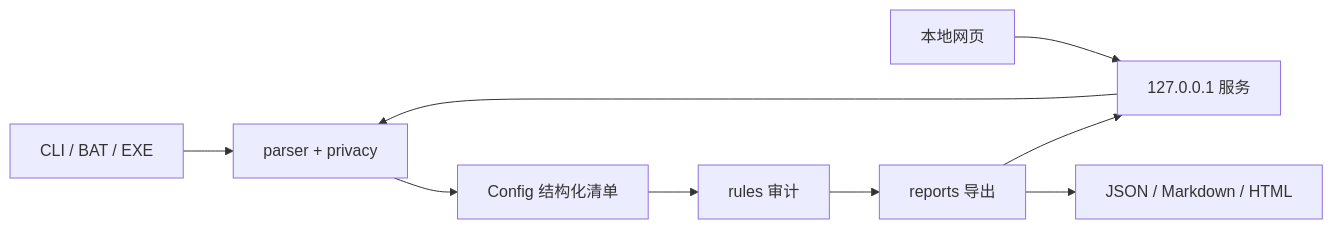
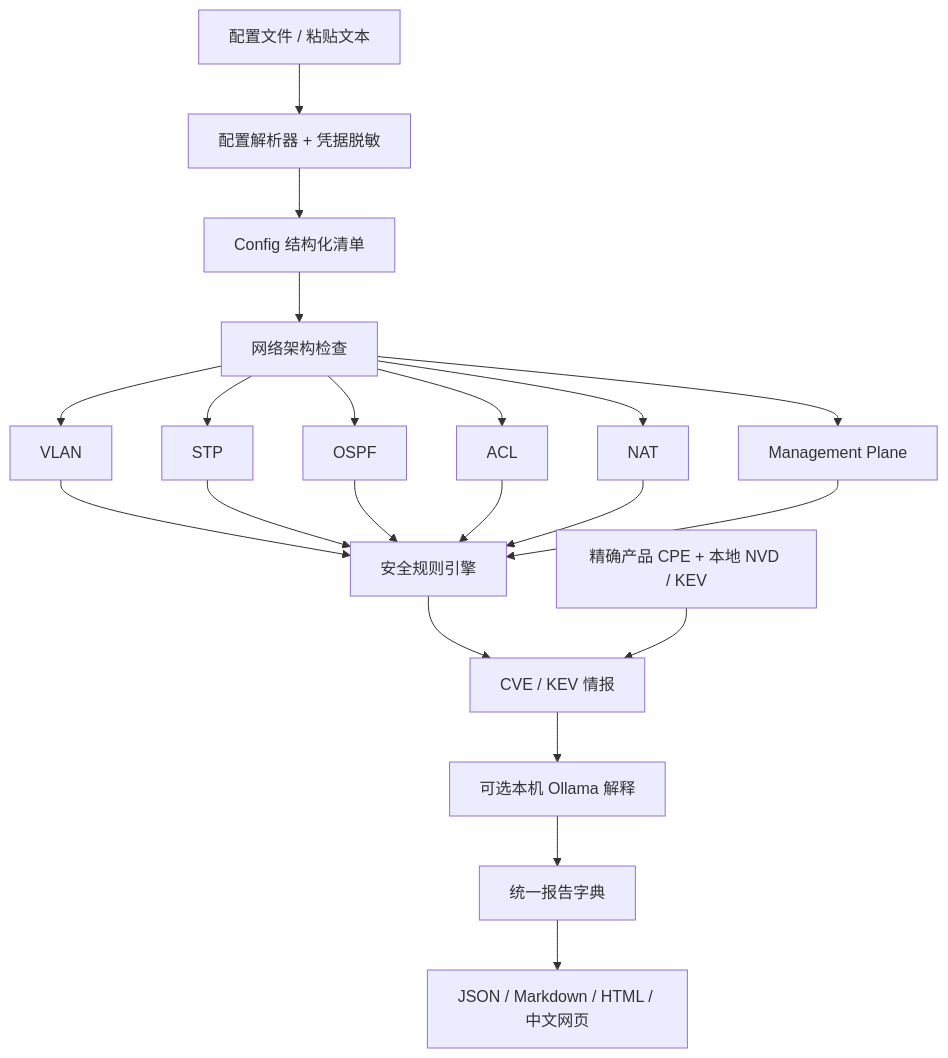
Before and after one commit to klwb360/NetConfig-Auditor: the diagram in docs/ARCHITECTURE.md, drawn with Mermaid. The commit also changed other lines of this file and 46 other files, not shown here.

Commit message:
Upgrade NetAudit to 0.2.0 with architecture, CVE/KEV and optional local AI pipeline

````diff
--- a/docs/ARCHITECTURE.md
+++ b/docs/ARCHITECTURE.md
@@ -5,11 +5,23 @@
 ```mermaid
-flowchart LR
-    CLI[CLI / BAT / EXE] --> P[parser + privacy]
-    WEB[本地网页] --> S[127.0.0.1 服务]
-    S --> P
+flowchart TD
+    INPUT[配置文件 / 粘贴文本] --> P[配置解析器 + 凭据脱敏]
     P --> M[Config 结构化清单]
-    M --> A[rules 审计]
-    A --> R[reports 导出]
-    R --> OUT[JSON / Markdown / HTML]
-    R --> S
+    M --> A[网络架构检查]
+    A --> VLAN[VLAN]
+    A --> STP[STP]
+    A --> OSPF[OSPF]
+    A --> ACL[ACL]
+    A --> NAT[NAT]
+    A --> MGMT[Management Plane]
+    VLAN --> RULES[安全规则引擎]
+    STP --> RULES
+    OSPF --> RULES
+    ACL --> RULES
+    NAT --> RULES
+    MGMT --> RULES
+    RULES --> INTEL[CVE / KEV 情报]
+    LOCAL[精确产品 CPE + 本地 NVD / KEV] --> INTEL
+    INTEL --> AI[可选本机 Ollama 解释]
+    AI --> REPORT[统一报告字典]
+    REPORT --> OUT[JSON / Markdown / HTML / 中文网页]
 ```
````
